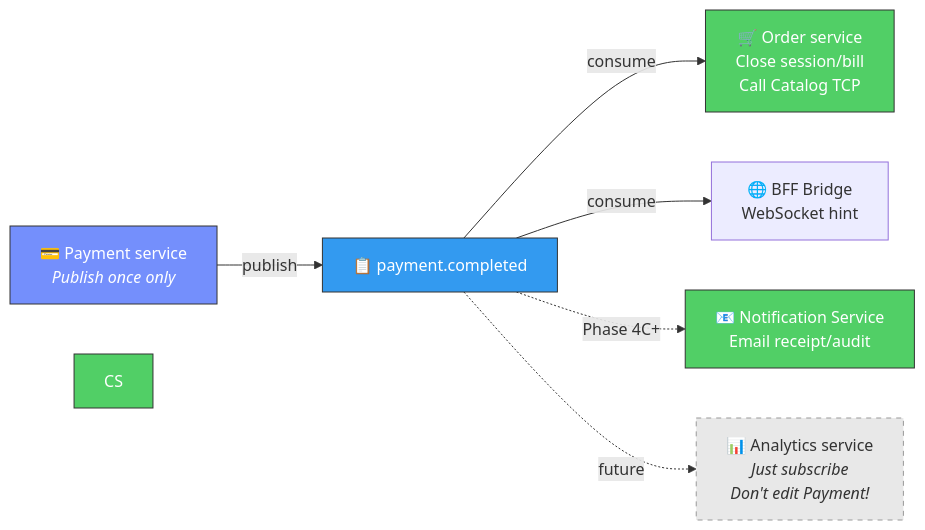
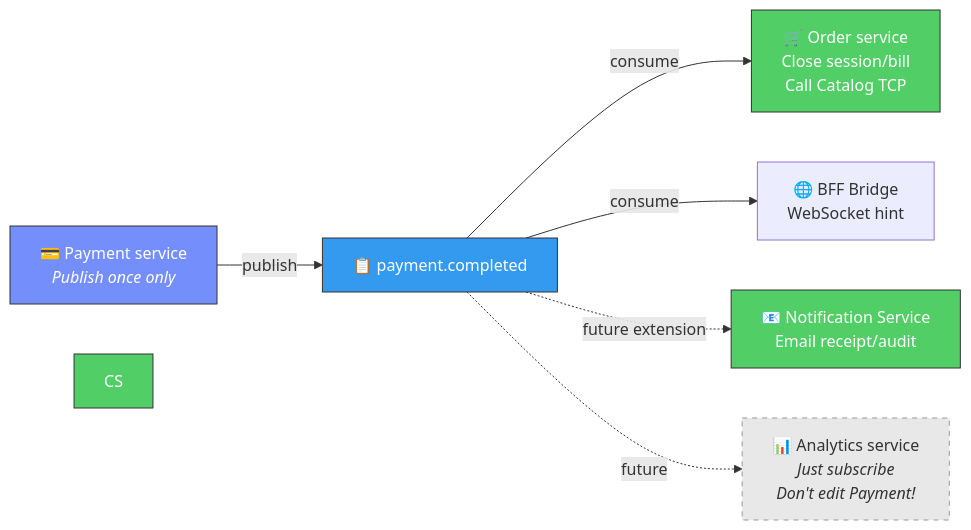
One commit to quan-vo-dinh/saas-pos-microservices-qrtable changed diagram 26 of 38 in docs/guides/kafka-qrtable.md. Above: the diagram before and after it, drawn with Mermaid. The commit also changed other lines of this file and 31 other files, not shown here.

First line of the commit message:
docs: narrow phase 4c to staff management and drop notification scope

````diff
--- a/docs/guides/kafka-qrtable.md
+++ b/docs/guides/kafka-qrtable.md
@@ -1183,19 +1183,19 @@
 ```mermaid
 graph LR
 PAY["💳 Payment service<br/><i>Publish once only</i>"]
     TOPIC["📋 payment.completed"]
 
     PAY -->|"publish"| TOPIC
 
 TOPIC -->|"consume"| OS["🛒 Order service<br/>Close session/bill<br/>Call Catalog TCP"]
     TOPIC -->|"consume"| BFF["🌐 BFF Bridge<br/>WebSocket hint"]
-    TOPIC -.->|"Phase 4C+"| NS["📧 Notification Service<br/>Email receipt/audit"]
+    TOPIC -.->|"future extension"| NS["📧 Notification Service<br/>Email receipt/audit"]
 TOPIC -.->|"future"| AS2["📊 Analytics service<br/><i>Just subscribe</i><br/><i>Don't edit Payment!</i>"]
 
     style PAY fill:#748ffc,stroke:#333,color:#fff
     style TOPIC fill:#339af0,stroke:#333,color:#fff
     style OS fill:#51cf66,stroke:#333,color:#fff
     style CS fill:#51cf66,stroke:#333,color:#fff
     style NS fill:#51cf66,stroke:#333,color:#fff
     style AS2 fill:#e8e8e8,stroke:#999,stroke-dasharray: 5 5
 ```
````
